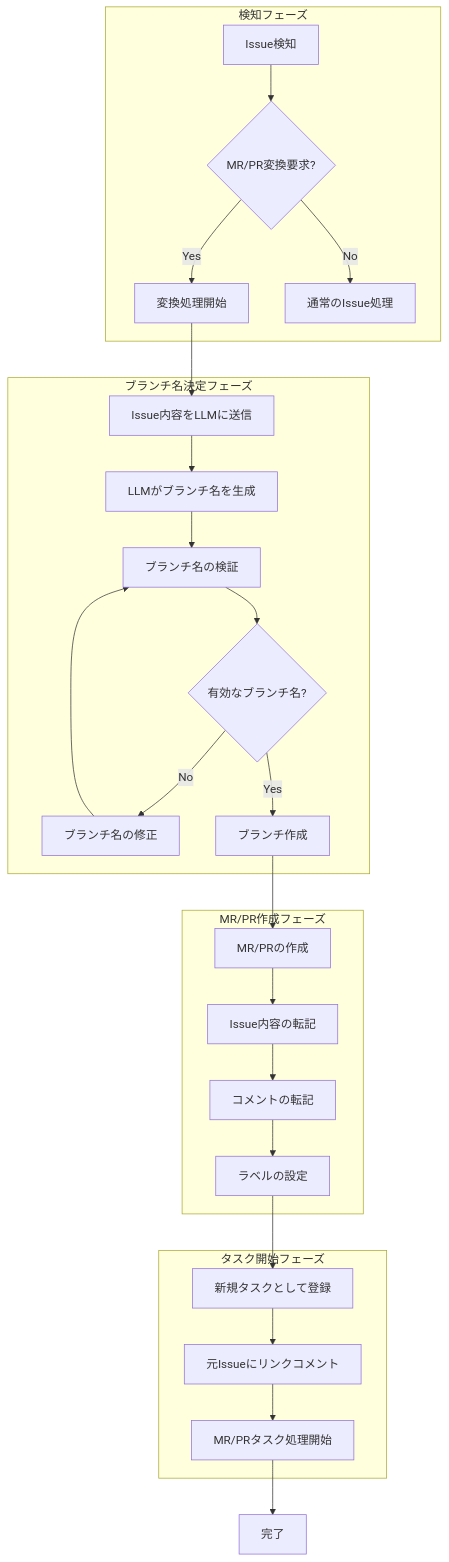
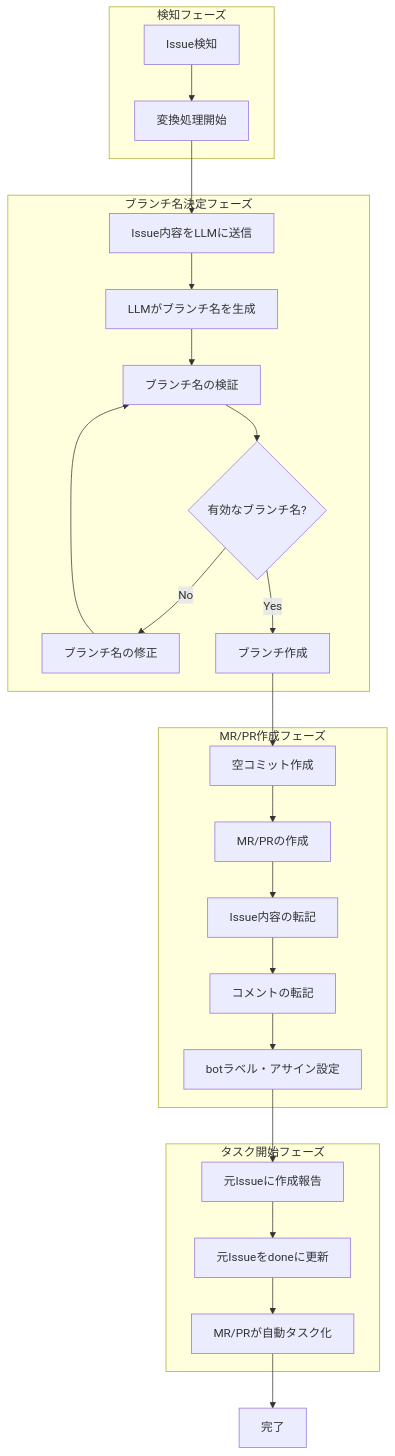
Before and after one commit to notfolder/coding_agent: the first of 3 diagrams in docs/spec/ISSUE_TO_MR_CONVERSION_SPECIFICATION.md, drawn with Mermaid. The commit also changed other lines of this file and 1 other file, not shown here.

````diff
--- a/docs/spec/ISSUE_TO_MR_CONVERSION_SPECIFICATION.md
+++ b/docs/spec/ISSUE_TO_MR_CONVERSION_SPECIFICATION.md
@@ -32,33 +32,32 @@
 ```mermaid
 flowchart TD
     subgraph Detection[検知フェーズ]
-        A[Issue検知] --> B{MR/PR変換要求?}
-        B -->|Yes| C[変換処理開始]
-        B -->|No| D[通常のIssue処理]
+        A[Issue検知] --> C[変換処理開始]
     end
     
     subgraph BranchNaming[ブランチ名決定フェーズ]
         C --> E[Issue内容をLLMに送信]
         E --> F[LLMがブランチ名を生成]
         F --> G[ブランチ名の検証]
         G --> H{有効なブランチ名?}
         H -->|No| I[ブランチ名の修正]
         I --> G
         H -->|Yes| J[ブランチ作成]
     end
     
     subgraph MRCreation[MR/PR作成フェーズ]
-        J --> K[MR/PRの作成]
-        K --> L[Issue内容の転記]
-        L --> M[コメントの転記]
-        M --> N[ラベルの設定]
+        J --> K[空コミット作成]
+        K --> L[MR/PRの作成]
+        L --> M[Issue内容の転記]
+        M --> N[コメントの転記]
+        N --> O[botラベル・アサイン設定]
     end
     
     subgraph TaskStart[タスク開始フェーズ]
-        N --> O[新規タスクとして登録]
-        O --> P[元Issueにリンクコメント]
-        P --> Q[MR/PRタスク処理開始]
+        O --> P[元Issueに作成報告]
+        P --> Q[元Issueをdoneに更新]
+        Q --> R[MR/PRが自動タスク化]
     end
     
-    Q --> R[完了]
+    R --> S[完了]
 ```
````
